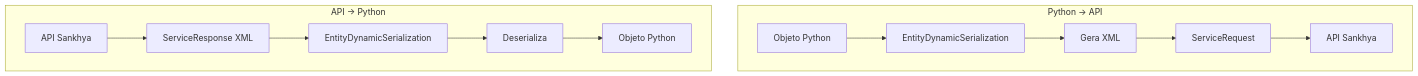
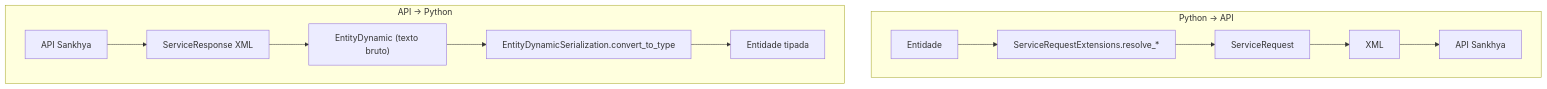
Before and after one commit to ssmvictor/Sankhya-SDK-python: the third of 3 diagrams in docs/core-concepts/entity-system.md, drawn with Mermaid. The commit also changed other lines of this file and 1 other file, not shown here.

````diff
--- a/docs/core-concepts/entity-system.md
+++ b/docs/core-concepts/entity-system.md
@@ -264,16 +236,16 @@
 ```mermaid
 flowchart TD
     subgraph "Python → API"
-        A[Objeto Python] --> B[EntityDynamicSerialization]
-        B --> C[Gera XML]
-        C --> D[ServiceRequest]
+        A[Entidade] --> B[ServiceRequestExtensions.resolve_*]
+        B --> C[ServiceRequest]
+        C --> D[XML]
         D --> E[API Sankhya]
     end
-    
+
     subgraph "API → Python"
         F[API Sankhya] --> G[ServiceResponse XML]
-        G --> H[EntityDynamicSerialization]
-        H --> I[Deserializa]
-        I --> J[Objeto Python]
+        G --> H["EntityDynamic (texto bruto)"]
+        H --> I[EntityDynamicSerialization.convert_to_type]
+        I --> J[Entidade tipada]
     end
 ```
````
